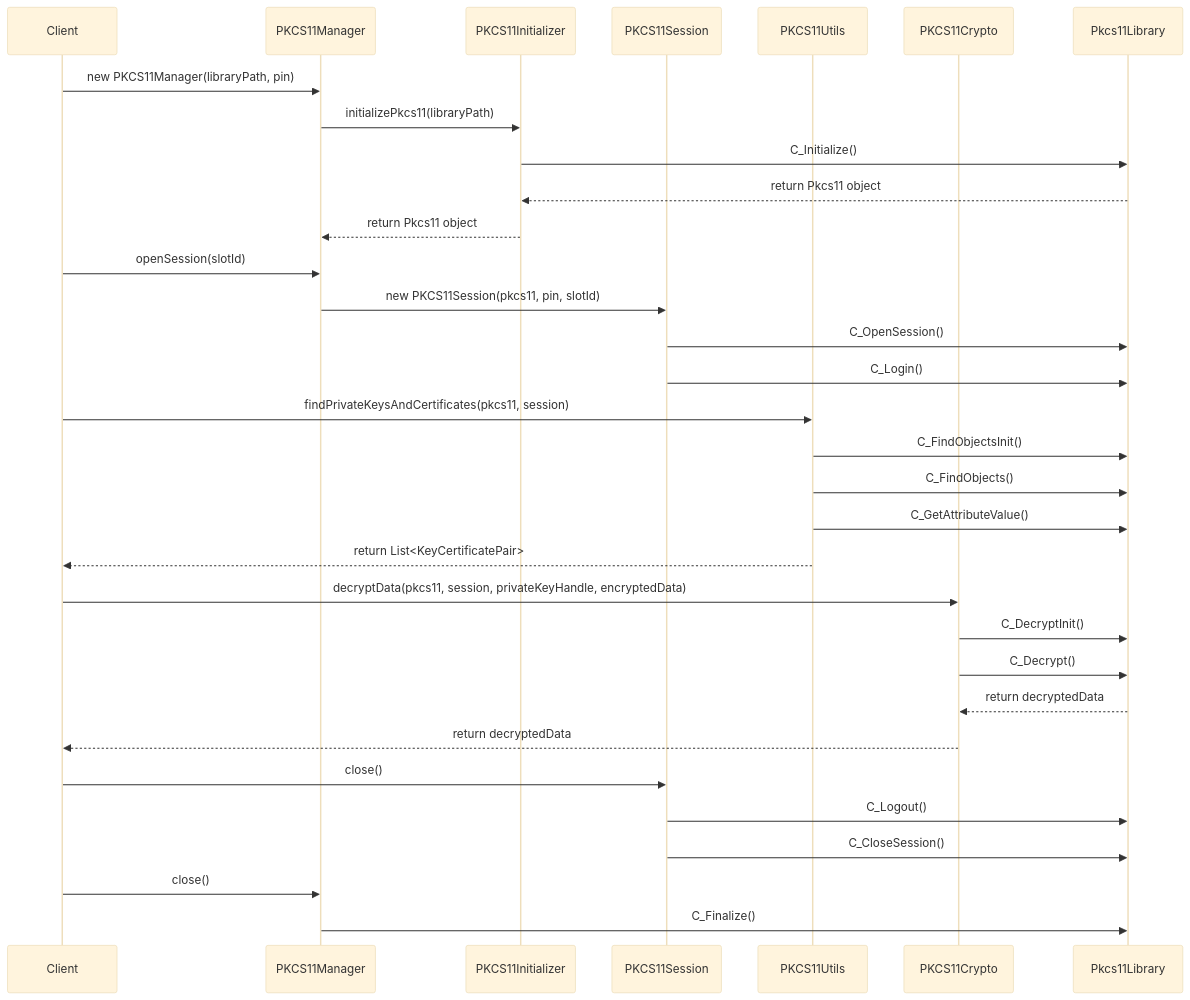
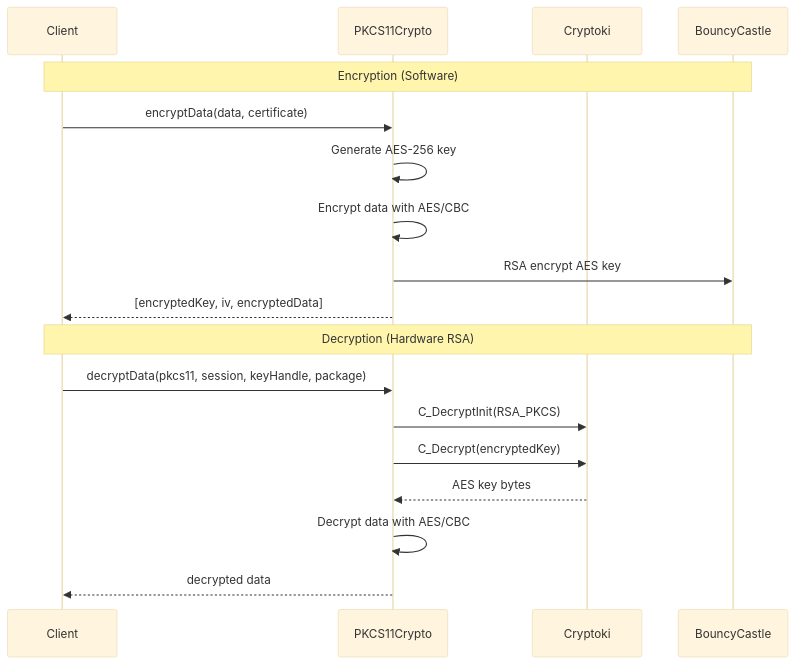
One commit to SimpleMethod/PKCS11-Java-Wrapper changed the third of 3 diagrams in README.md. Above: the diagram before and after it, drawn with Mermaid (base theme). The commit also changed other lines of this file and 1 other file, not shown here.

````diff
--- a/README.md
+++ b/README.md
@@ -503,40 +707,22 @@
 ```mermaid
 sequenceDiagram
     participant Client
-    participant PKCS11Manager
-    participant PKCS11Initializer
-    participant PKCS11Session
-    participant PKCS11Utils
     participant PKCS11Crypto
-    participant Pkcs11Library
+    participant Cryptoki
+    participant BouncyCastle
 
-    Client->>PKCS11Manager: new PKCS11Manager(libraryPath, pin)
-    PKCS11Manager->>PKCS11Initializer: initializePkcs11(libraryPath)
-    PKCS11Initializer->>Pkcs11Library: C_Initialize()
-    Pkcs11Library-->>PKCS11Initializer: return Pkcs11 object
-    PKCS11Initializer-->>PKCS11Manager: return Pkcs11 object
-    
-    Client->>PKCS11Manager: openSession(slotId)
-    PKCS11Manager->>PKCS11Session: new PKCS11Session(pkcs11, pin, slotId)
-    PKCS11Session->>Pkcs11Library: C_OpenSession()
-    PKCS11Session->>Pkcs11Library: C_Login()
-    
-    Client->>PKCS11Utils: findPrivateKeysAndCertificates(pkcs11, session)
-    PKCS11Utils->>Pkcs11Library: C_FindObjectsInit()
-    PKCS11Utils->>Pkcs11Library: C_FindObjects()
-    PKCS11Utils->>Pkcs11Library: C_GetAttributeValue()
-    PKCS11Utils-->>Client: return List<KeyCertificatePair>
-    
-    Client->>PKCS11Crypto: decryptData(pkcs11, session, privateKeyHandle, encryptedData)
-    PKCS11Crypto->>Pkcs11Library: C_DecryptInit()
-    PKCS11Crypto->>Pkcs11Library: C_Decrypt()
-    Pkcs11Library-->>PKCS11Crypto: return decryptedData
-    PKCS11Crypto-->>Client: return decryptedData
+    Note over Client,BouncyCastle: Encryption (Software)
+    Client->>PKCS11Crypto: encryptData(data, certificate)
+    PKCS11Crypto->>PKCS11Crypto: Generate AES-256 key
+    PKCS11Crypto->>PKCS11Crypto: Encrypt data with AES/CBC
+    PKCS11Crypto->>BouncyCastle: RSA encrypt AES key
+    PKCS11Crypto-->>Client: [encryptedKey, iv, encryptedData]
 
-    Client->>PKCS11Session: close()
-    PKCS11Session->>Pkcs11Library: C_Logout()
-    PKCS11Session->>Pkcs11Library: C_CloseSession()
-    
-    Client->>PKCS11Manager: close()
-    PKCS11Manager->>Pkcs11Library: C_Finalize()
+    Note over Client,BouncyCastle: Decryption (Hardware RSA)
+    Client->>PKCS11Crypto: decryptData(pkcs11, session, keyHandle, package)
+    PKCS11Crypto->>Cryptoki: C_DecryptInit(RSA_PKCS)
+    PKCS11Crypto->>Cryptoki: C_Decrypt(encryptedKey)
+    Cryptoki-->>PKCS11Crypto: AES key bytes
+    PKCS11Crypto->>PKCS11Crypto: Decrypt data with AES/CBC
+    PKCS11Crypto-->>Client: decrypted data
 ```
````
